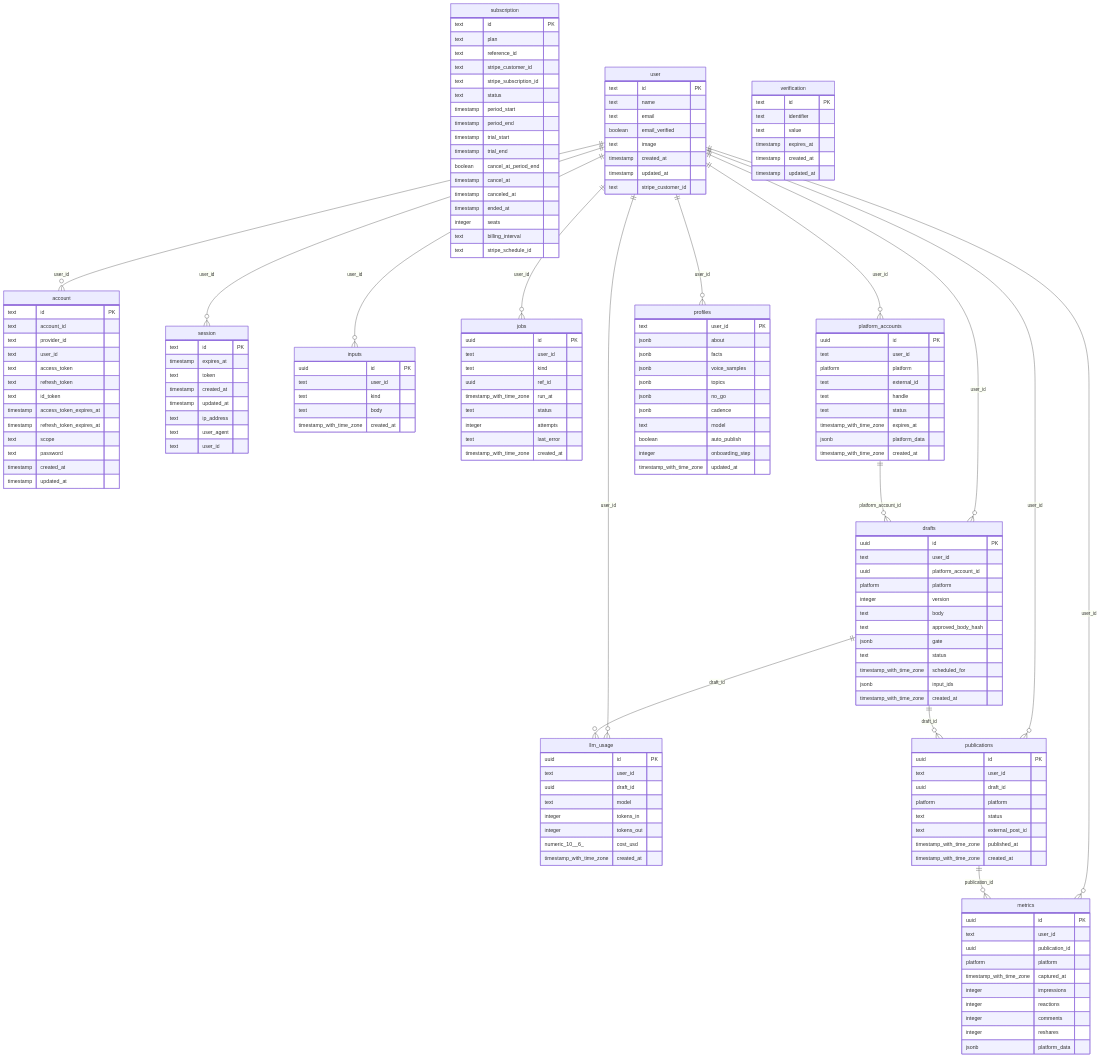
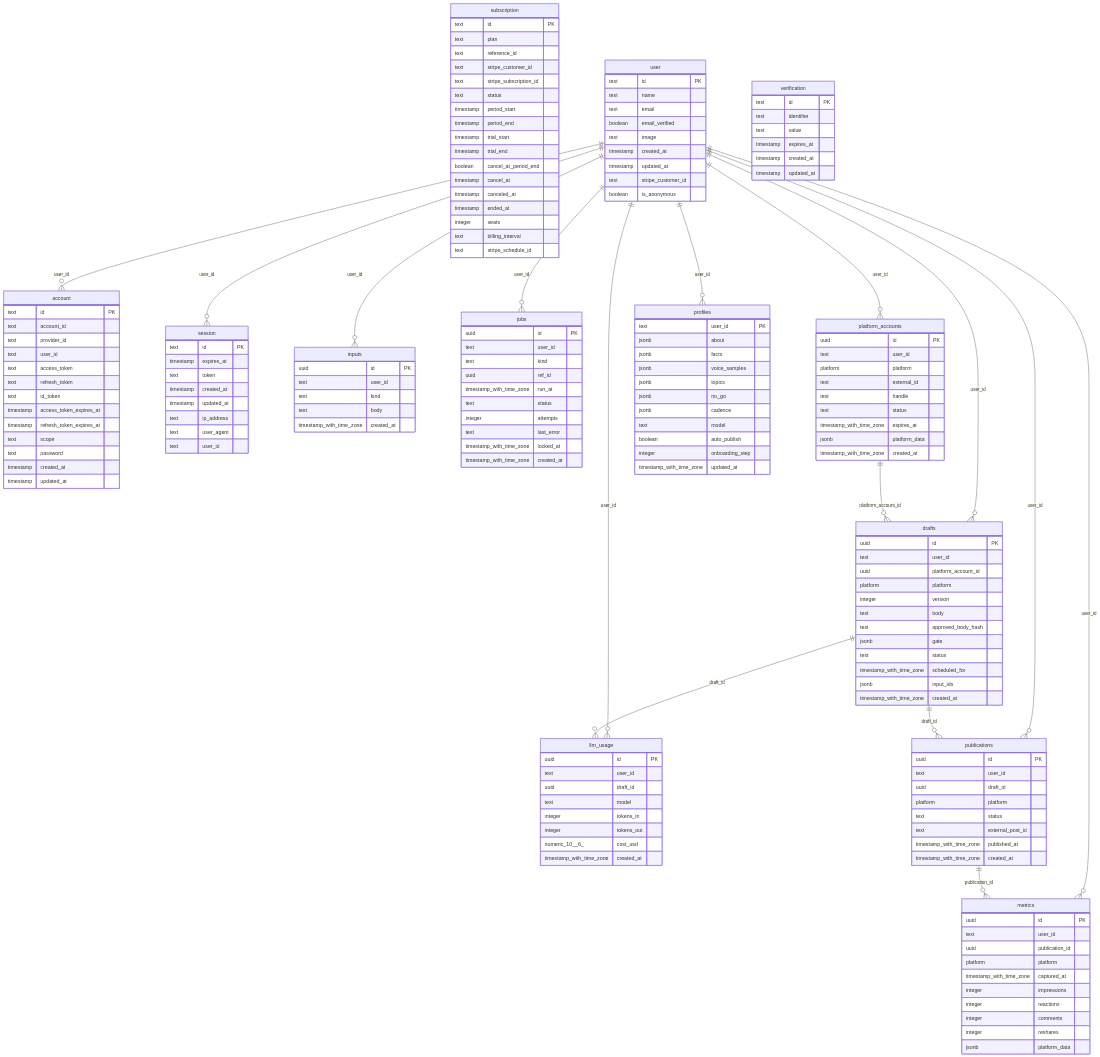
One commit to MAKaminski/cadence changed the diagram in ARCHITECTURE.md. Above: the diagram before and after it, drawn with Mermaid. The commit also changed other lines of this file and 119 other files, not shown here.

```diff
--- a/ARCHITECTURE.md
+++ b/ARCHITECTURE.md
@@ -94,6 +103,7 @@
     timestamp created_at
     timestamp updated_at
     text stripe_customer_id
+    boolean is_anonymous
   }
   verification {
     text id PK
@@ -133,6 +143,7 @@
     text status
     integer attempts
     text last_error
+    timestamp_with_time_zone locked_at
     timestamp_with_time_zone created_at
   }
   llm_usage {
```
